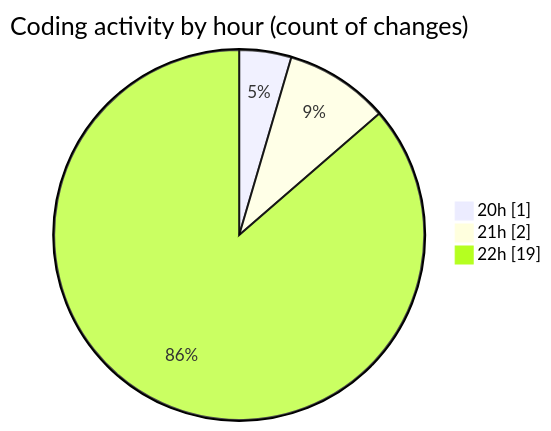
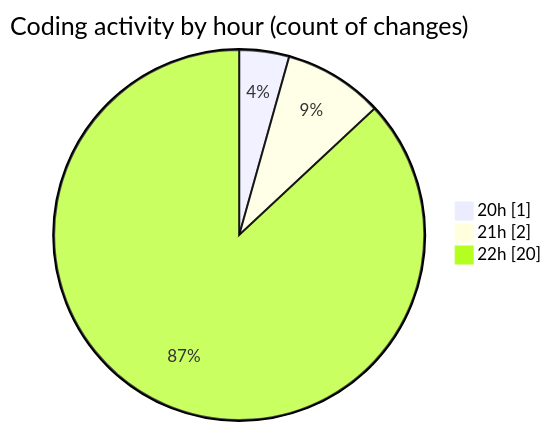
One commit to MatusMokan/code-tracking changed the second of 2 diagrams in 2025-02-18/myws__workspace_/README.md. Above: the diagram before and after it, drawn with Mermaid. The commit also changed other lines of this file and 1 other file, not shown here.

````diff
--- a/2025-02-18/myws__workspace_/README.md
+++ b/2025-02-18/myws__workspace_/README.md
@@ -36,7 +36,7 @@
 ```mermaid
 pie showData
 title Coding activity by hour (count of changes)
 "20h" : 1
 "21h" : 2
-"22h" : 19
+"22h" : 20
 ```
````
